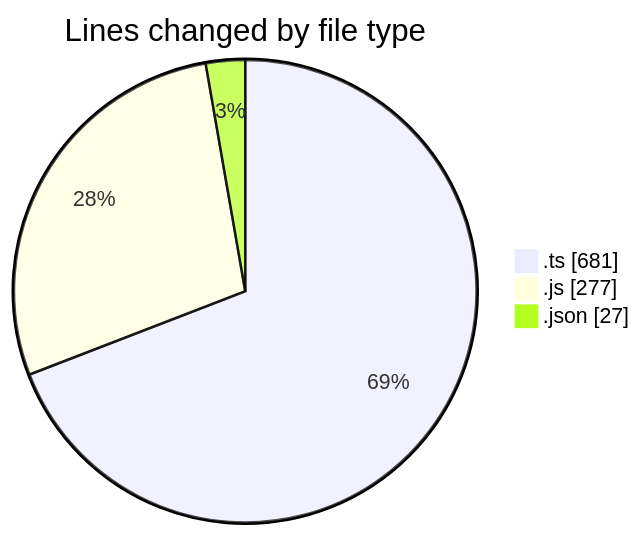
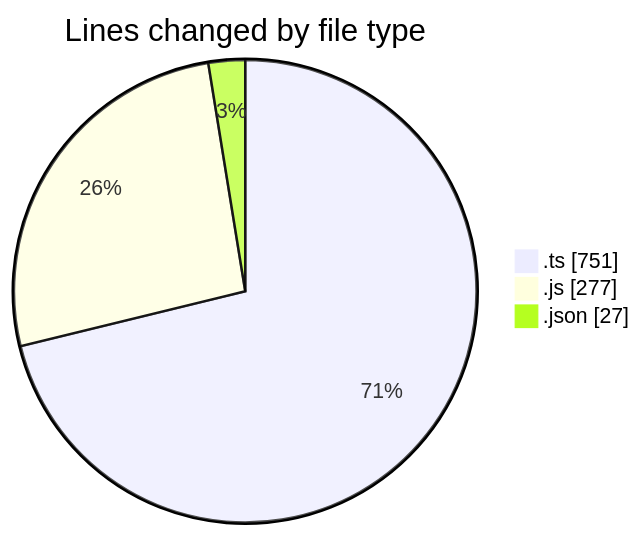
The first of 2 diagrams in 2025-08-15/rentotp/README.md (lephambinh05/code-tracking), drawn with Mermaid before and after one commit. The commit also changed other lines of this file and 1 other file, not shown here.

````diff
--- a/2025-08-15/rentotp/README.md
+++ b/2025-08-15/rentotp/README.md
@@ -26,7 +26,7 @@
 ```mermaid
 pie showData
 title Lines changed by file type
-".ts" : 681
+".ts" : 751
 ".js" : 277
 ".json" : 27
 ```
````
